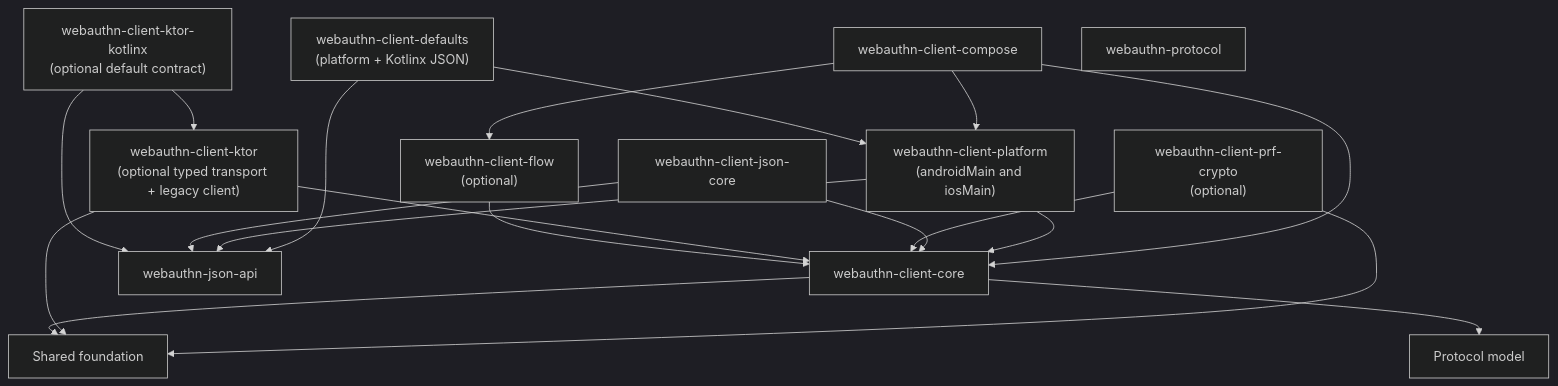
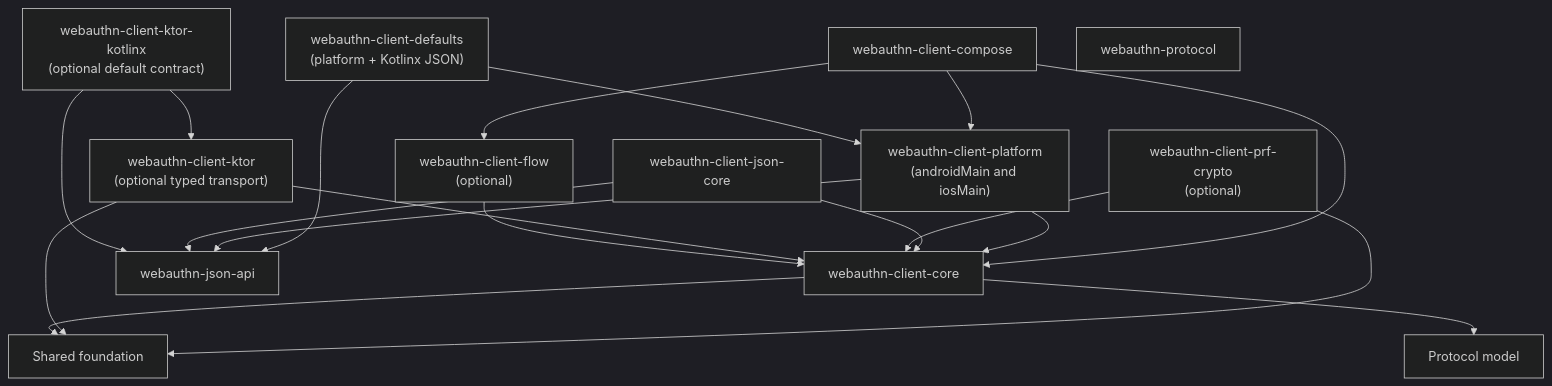
Before and after one commit to szijpeter/webauthn-kotlin-multiplatform: the third of 4 diagrams in docs/architecture.md, drawn with Mermaid (dark theme). The commit also changed other lines of this file and 18 other files, not shown here.

````diff
--- a/docs/architecture.md
+++ b/docs/architecture.md
@@ -95,40 +95,40 @@
 ```mermaid
 flowchart TB
     COMPOSE["webauthn-client-compose"]
     DEFAULTS["webauthn-client-defaults<br/>(platform + Kotlinx JSON)"]
     PLATFORM["webauthn-client-platform<br/>(androidMain and iosMain)"]
     JSON["webauthn-client-json-core"]
     PRF["webauthn-client-prf-crypto<br/>(optional)"]
-    NETWORK["webauthn-client-ktor<br/>(optional typed transport + legacy client)"]
+    NETWORK["webauthn-client-ktor<br/>(optional typed transport)"]
     NETWORK_KOTLINX["webauthn-client-ktor-kotlinx<br/>(optional default contract)"]
     CLIENT_CORE["webauthn-client-core"]
     CLIENT_FLOW["webauthn-client-flow<br/>(optional)"]
     JSON_API["webauthn-json-api"]
     PROTOCOL["webauthn-protocol"]
     FOUNDATION["Shared foundation"]
     MODEL["Protocol model"]
 
     COMPOSE --> CLIENT_CORE
     COMPOSE --> PLATFORM
     COMPOSE --> CLIENT_FLOW
     DEFAULTS --> PLATFORM
     DEFAULTS --> JSON_API
 
     PLATFORM --> CLIENT_CORE
     PLATFORM --> JSON_API
 
     JSON --> CLIENT_CORE
     JSON --> JSON_API
 
     PRF --> CLIENT_CORE
     PRF --> FOUNDATION
 
     NETWORK --> CLIENT_CORE
     NETWORK --> FOUNDATION
     NETWORK_KOTLINX --> NETWORK
     NETWORK_KOTLINX --> JSON_API
 
     CLIENT_CORE --> FOUNDATION
     CLIENT_CORE --> MODEL
     CLIENT_FLOW --> CLIENT_CORE
 ```
````
